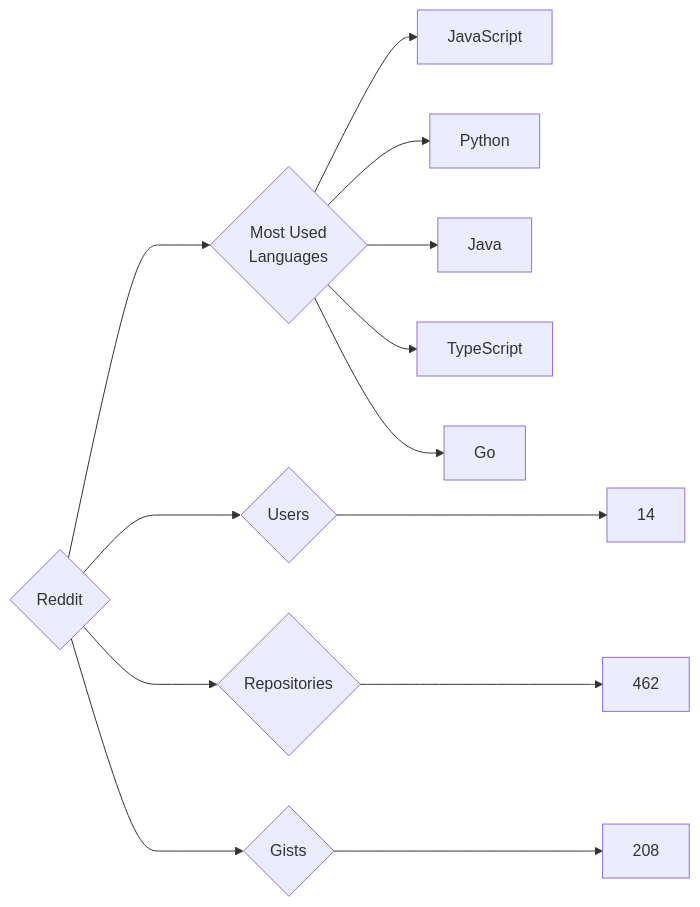
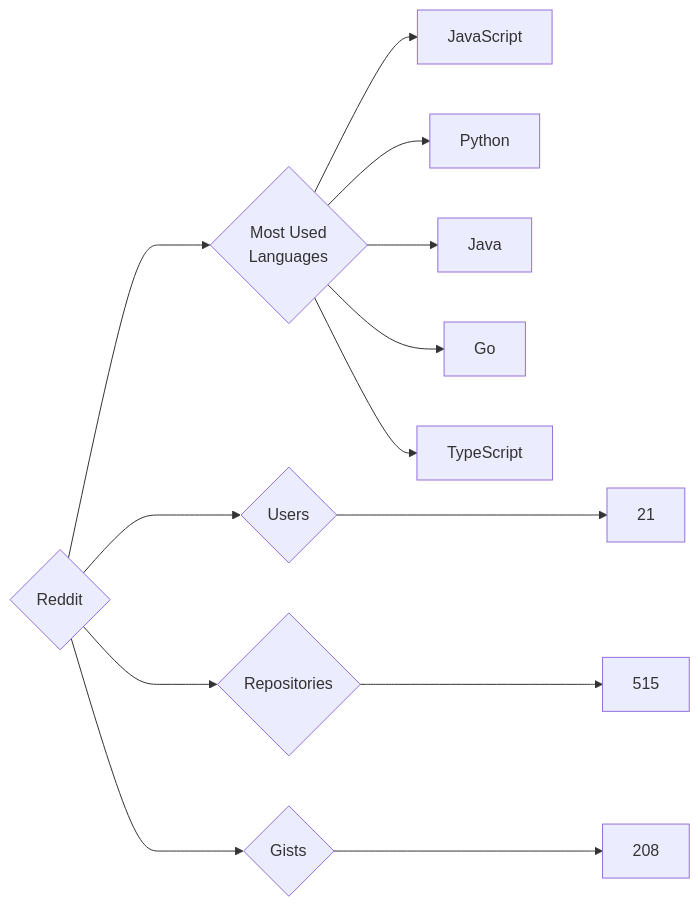
One commit to trickest/insiders changed the diagram in targets/Reddit/README.md. Above: the diagram before and after it, drawn with Mermaid. The commit also changed 728 other files, not shown here.

````diff
--- a/targets/Reddit/README.md
+++ b/targets/Reddit/README.md
@@ -3,13 +3,13 @@
 ```mermaid
 graph LR
 COMPANY_NAME{Reddit}
-COMPANY_NAME ---> U{Users} ---> UN[14]
-COMPANY_NAME ---> R{Repositories} ---> RN[462]
+COMPANY_NAME ---> U{Users} ---> UN[21]
+COMPANY_NAME ---> R{Repositories} ---> RN[515]
 COMPANY_NAME ---> G{Gists} ---> GN[208]
 COMPANY_NAME ---> ML{Most Used<br>Languages}
 ML --> JavaScript[JavaScript]
 ML --> Python[Python]
 ML --> Java[Java]
+ML --> Go[Go]
 ML --> TypeScript[TypeScript]
-ML --> Go[Go]
 ```
````
